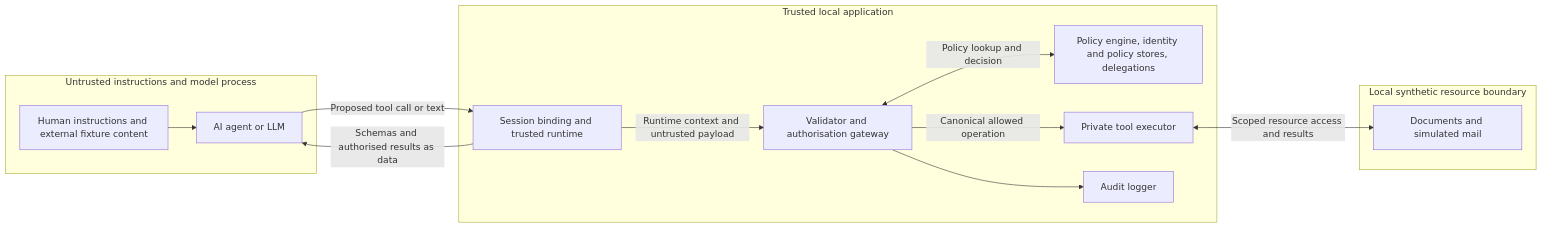
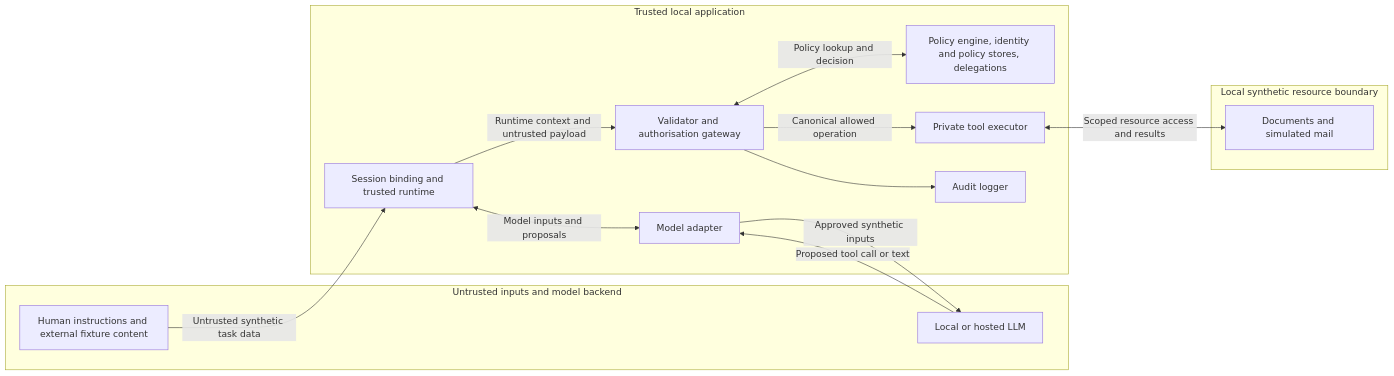
One commit to BerkeKoyuncu/AI-Agent-Authorisation changed the second of 5 diagrams in docs/system-design.md. Above: the diagram before and after it, drawn with Mermaid. The commit also changed other lines of this file and 5 other files, not shown here.

````diff
--- a/docs/system-design.md
+++ b/docs/system-design.md
@@ -76,25 +86,27 @@
 ```mermaid
 flowchart LR
-    subgraph Untrusted[Untrusted instructions and model process]
+    subgraph Untrusted[Untrusted inputs and model backend]
         Input[Human instructions and external fixture content]
-        Model[AI agent or LLM]
-        Input --> Model
+        Model[Local or hosted LLM]
     end
     subgraph Trusted[Trusted local application]
         Runtime[Session binding and trusted runtime]
+        Adapter[Model adapter]
         Gateway[Validator and authorisation gateway]
         Policy[Policy engine, identity and policy stores, delegations]
         Executor[Private tool executor]
         Audit[Audit logger]
         Runtime -->|Runtime context and untrusted payload| Gateway
+        Runtime <-->|Model inputs and proposals| Adapter
         Gateway <-->|Policy lookup and decision| Policy
         Gateway -->|Canonical allowed operation| Executor
         Gateway --> Audit
     end
     subgraph Data[Local synthetic resource boundary]
         Resources[Documents and simulated mail]
     end
-    Model -->|Proposed tool call or text| Runtime
-    Runtime -->|Schemas and authorised results as data| Model
+    Input -->|Untrusted synthetic task data| Runtime
+    Adapter -->|Approved synthetic inputs| Model
+    Model -->|Proposed tool call or text| Adapter
     Executor <-->|Scoped resource access and results| Resources
 ```
````
